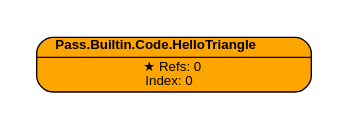
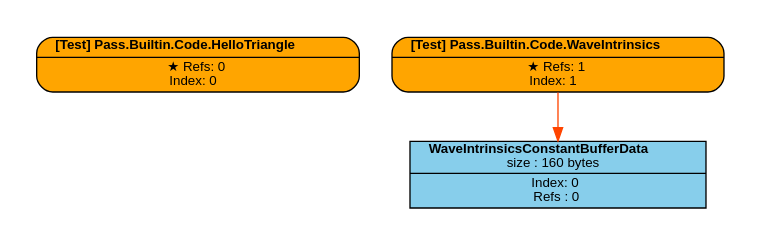
One commit to Pikachuxxxx/Razix changed the diagram in Engine/content/FrameGraphs/data_driven_editor_test.dot. Above: the diagram before and after it, drawn with Graphviz. The commit also changed 44 other files, not shown here.

Commit message:
Added Querying for WaveIntrinsics and Added base pass

```diff
--- a/Engine/content/FrameGraphs/data_driven_editor_test.dot
+++ b/Engine/content/FrameGraphs/data_driven_editor_test.dot
@@ -1,20 +1,27 @@
 digraph FrameGraph {
 graph [style=invis, rankdir="TB" ordering=out, splines=spline]
 node [shape=record, fontname="helvetica", fontsize=10, margin="0.2,0.03"]
 
-P0 [label=<{ {<B>Pass.Builtin.Code.HelloTriangle</B>} | {&#x2605; Refs: 0<BR/> Index: 0} }> style="rounded,filled", fillcolor=orange]
+P0 [label=<{ {<B>[Test] Pass.Builtin.Code.HelloTriangle</B>} | {&#x2605; Refs: 0<BR/> Index: 0} }> style="rounded,filled", fillcolor=orange]
+P1 [label=<{ {<B>[Test] Pass.Builtin.Code.WaveIntrinsics</B>} | {&#x2605; Refs: 1<BR/> Index: 1} }> style="rounded,filled", fillcolor=orange]
 
+R0_1 [label=<{ {<B>WaveIntrinsicsConstantBufferData</B><BR/>size : 160 bytes} | {Index: 0<BR/>Refs : 0} }> style=filled, fillcolor=skyblue]
 
 P0 -> { } [color=orangered]
+P1 -> { R0_1 } [color=orangered]
 
+R0_1 -> { } [color=olivedrab3]
 
 subgraph cluster_0 {
 P0 
+}
+subgraph cluster_1 {
+P1 R0_1 
 }
 
 subgraph cluster_imported_resources {
 graph [style=dotted, fontname="helvetica", label=< <B>Imported</B> >]
 
 }
 
 }
```
